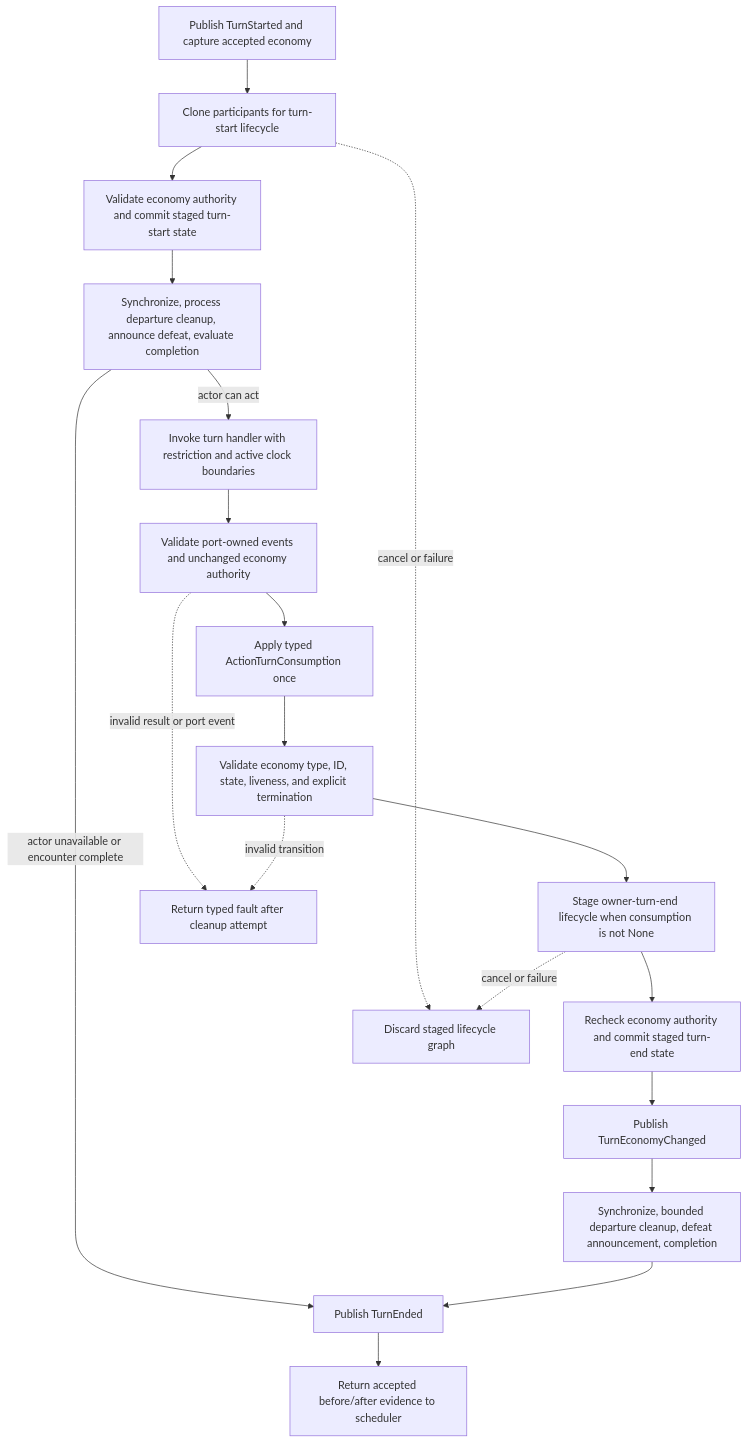
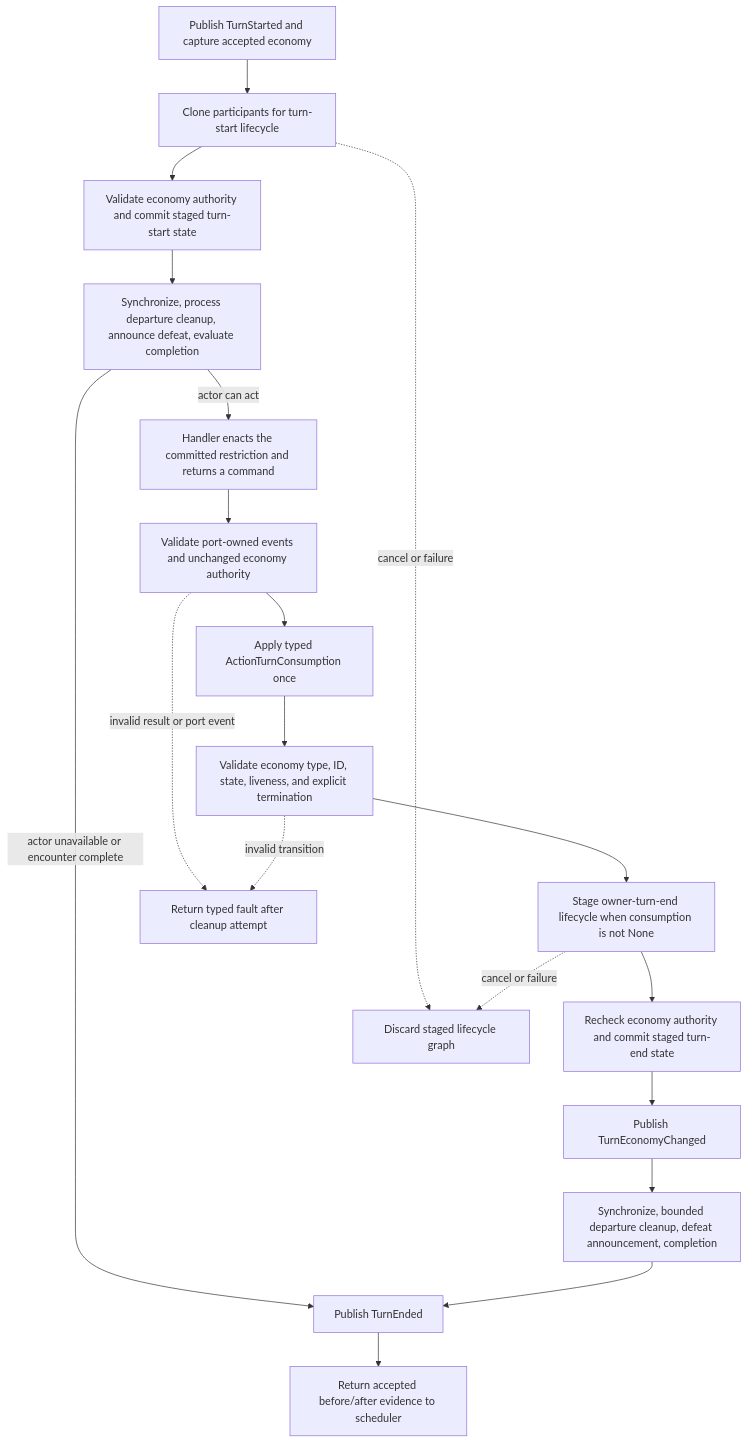
The third of 3 diagrams in docs/technical/encounter-orchestration-runtime.md (KayelC/Convergence), drawn with Mermaid before and after one commit. The commit also changed other lines of this file and 15 other files, not shown here.

````diff
--- a/docs/technical/encounter-orchestration-runtime.md
+++ b/docs/technical/encounter-orchestration-runtime.md
@@ -161,38 +161,38 @@
 ```mermaid
 flowchart TB
     Begin["Publish TurnStarted and capture accepted economy"]
     StageStart["Clone participants for turn-start lifecycle"]
     CommitStart["Validate economy authority and commit staged turn-start state"]
     ReconcileStart["Synchronize, process departure cleanup, announce defeat, evaluate completion"]
-    Handler["Invoke turn handler with restriction and active clock boundaries"]
+    Handler["Handler enacts the committed restriction and returns a command"]
     ValidateHandler["Validate port-owned events and unchanged economy authority"]
     ApplyEconomy["Apply typed ActionTurnConsumption once"]
     ValidateEconomy["Validate economy type, ID, state, liveness, and explicit termination"]
     StageEnd["Stage owner-turn-end lifecycle when consumption is not None"]
     CommitEnd["Recheck economy authority and commit staged turn-end state"]
     EconomyEvent["Publish TurnEconomyChanged"]
     ReconcileEnd["Synchronize, bounded departure cleanup, defeat announcement, completion"]
     TurnEnd["Publish TurnEnded"]
     Advance["Return accepted before/after evidence to scheduler"]
     Rollback["Discard staged lifecycle graph"]
     Fault["Return typed fault after cleanup attempt"]
 
     Begin --> StageStart
     StageStart --> CommitStart
     StageStart -. "cancel or failure" .-> Rollback
     CommitStart --> ReconcileStart
     ReconcileStart -->|"actor can act"| Handler
     ReconcileStart -->|"actor unavailable or encounter complete"| TurnEnd
     Handler --> ValidateHandler
     ValidateHandler --> ApplyEconomy
     ValidateHandler -. "invalid result or port event" .-> Fault
     ApplyEconomy --> ValidateEconomy
     ValidateEconomy --> StageEnd
     ValidateEconomy -. "invalid transition" .-> Fault
     StageEnd --> CommitEnd
     StageEnd -. "cancel or failure" .-> Rollback
     CommitEnd --> EconomyEvent
     EconomyEvent --> ReconcileEnd
     ReconcileEnd --> TurnEnd
     TurnEnd --> Advance
 ```
````
